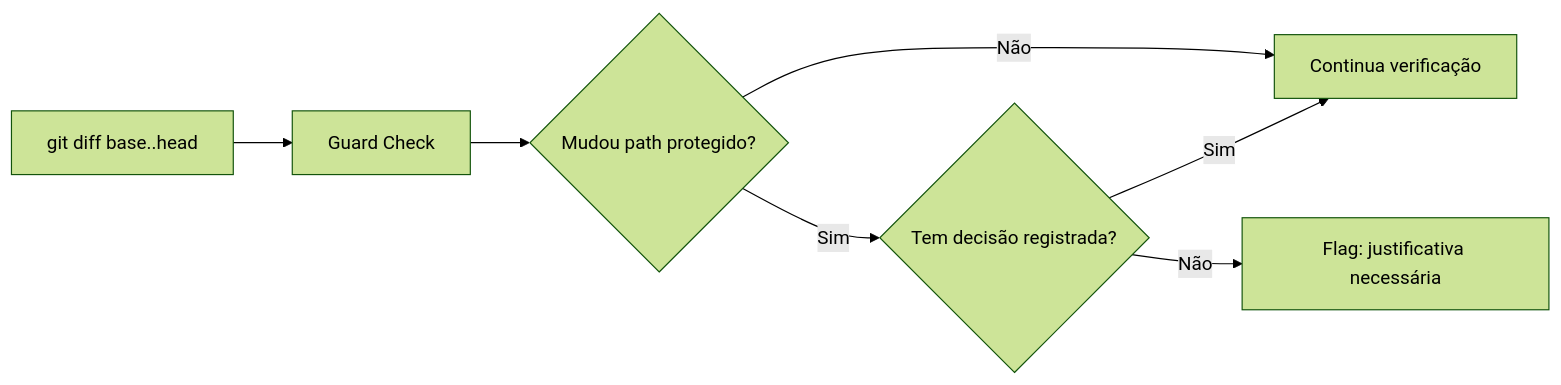
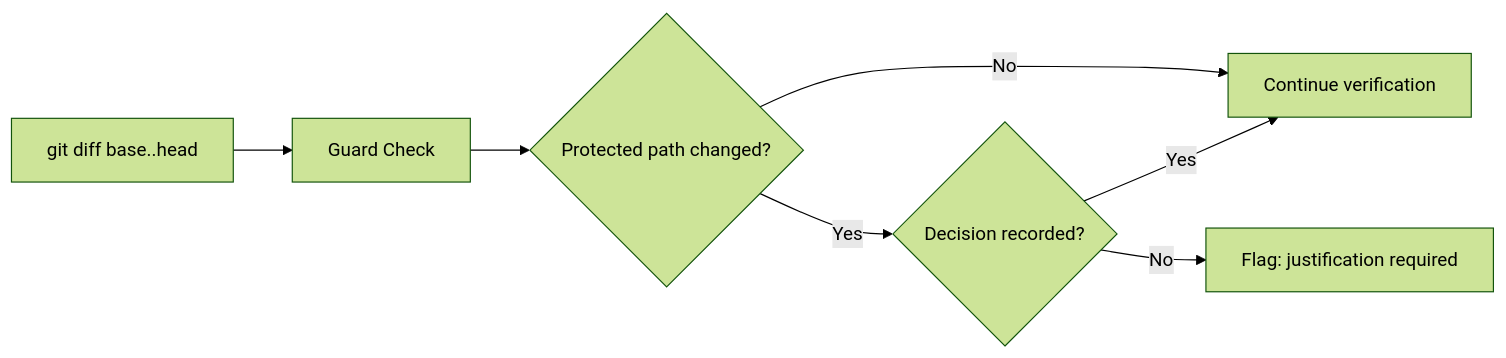
One commit to leonardo-moraes360/toolbelt changed diagram 17 of 17 in docs/arquitetura.md. Above: the diagram before and after it, drawn with Mermaid (forest theme). The commit also changed other lines of this file and 9 other files, not shown here.

````diff
--- a/docs/arquitetura.md
+++ b/docs/arquitetura.md
@@ -1137,9 +1137,9 @@
 ```mermaid
 graph LR
     DIFF[git diff base..head] --> GUARD[Guard Check]
-    GUARD --> PROT{Mudou path protegido?}
-    PROT -->|Sim| DEC{Tem decisão registrada?}
-    PROT -->|Não| CONT[Continua verificação]
-    DEC -->|Sim| CONT
-    DEC -->|Não| FLAG[Flag: justificativa necessária]
+    GUARD --> PROT{Protected path changed?}
+    PROT -->|Yes| DEC{Decision recorded?}
+    PROT -->|No| CONT[Continue verification]
+    DEC -->|Yes| CONT
+    DEC -->|No| FLAG[Flag: justification required]
 ```
````
